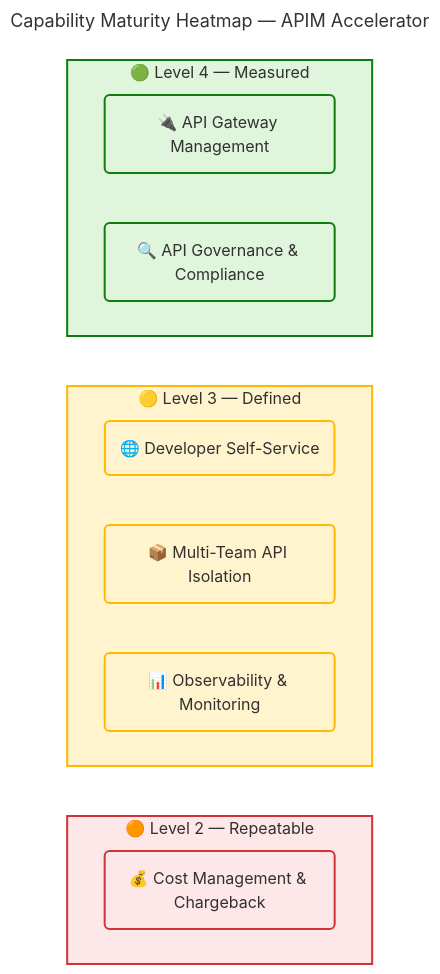
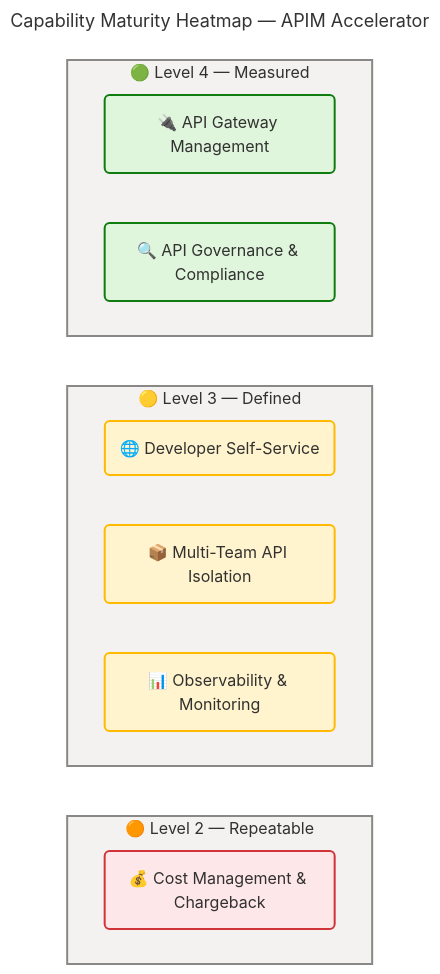
One commit to Evilazaro/APIM-Accelerator changed the third of 9 diagrams in docs/architecture/business-architecture.md. Above: the diagram before and after it, drawn with Mermaid. The commit also changed other lines of this file and 2 other files, not shown here.

````diff
--- a/docs/architecture/business-architecture.md
+++ b/docs/architecture/business-architecture.md
@@ -343,62 +343,62 @@
 ```mermaid
 ---
 title: "Capability Maturity Heatmap — APIM Accelerator"
 config:
   theme: base
   look: classic
   layout: dagre
   themeVariables:
     fontSize: '16px'
   flowchart:
     htmlLabels: true
 ---
 flowchart TB
     accTitle: Capability Maturity Heatmap
     accDescr: Shows the maturity level of each business capability using color-coded indicators from Level 2 Repeatable to Level 4 Measured
 
     %% ═══════════════════════════════════════════════════════════════════════════
     %% AZURE / FLUENT ARCHITECTURE PATTERN v1.1
     %% (Semantic + Structural + Font + Accessibility Governance)
     %% ═══════════════════════════════════════════════════════════════════════════
     %% PHASE 1 - FLUENT UI: All styling uses approved Fluent UI palette only
     %% PHASE 2 - GROUPS: Every subgraph has semantic color via style directive
     %% PHASE 3 - COMPONENTS: Every node has semantic classDef + icon prefix
     %% PHASE 4 - ACCESSIBILITY: accTitle/accDescr present, WCAG AA contrast
     %% PHASE 5 - STANDARD: Governance block present, classDefs centralized
     %% ═══════════════════════════════════════════════════════════════════════════
 
     subgraph level4["🟢 Level 4 — Measured"]
         direction LR
         m4a("🔌 API Gateway Management"):::success
         m4b("🔍 API Governance & Compliance"):::success
     end
 
     subgraph level3["🟡 Level 3 — Defined"]
         direction LR
         m3a("🌐 Developer Self-Service"):::warning
         m3b("📦 Multi-Team API Isolation"):::warning
         m3c("📊 Observability & Monitoring"):::warning
     end
 
     subgraph level2["🟠 Level 2 — Repeatable"]
         direction LR
         m2a("💰 Cost Management & Chargeback"):::danger
     end
 
     level4 ~~~ level3
     level3 ~~~ level2
 
     %% Centralized classDefs (approved AZURE/FLUENT v1.1 palette)
     classDef neutral fill:#FAFAFA,stroke:#8A8886,stroke-width:2px,color:#323130
     classDef core fill:#EFF6FC,stroke:#0078D4,stroke-width:2px,color:#323130
     classDef success fill:#DFF6DD,stroke:#107C10,stroke-width:2px,color:#323130
     classDef warning fill:#FFF4CE,stroke:#FFB900,stroke-width:2px,color:#323130
     classDef danger fill:#FDE7E9,stroke:#D13438,stroke-width:2px,color:#323130
     classDef data fill:#F0E6FA,stroke:#8764B8,stroke-width:2px,color:#323130
     classDef external fill:#E0F7F7,stroke:#038387,stroke-width:2px,color:#323130
 
     %% Subgraph styling (style directives, not class)
-    style level4 fill:#DFF6DD,stroke:#107C10,stroke-width:2px,color:#323130
-    style level3 fill:#FFF4CE,stroke:#FFB900,stroke-width:2px,color:#323130
-    style level2 fill:#FDE7E9,stroke:#D13438,stroke-width:2px,color:#323130
+    style level4 fill:#F3F2F1,stroke:#8A8886,stroke-width:2px,color:#323130
+    style level3 fill:#F3F2F1,stroke:#8A8886,stroke-width:2px,color:#323130
+    style level2 fill:#F3F2F1,stroke:#8A8886,stroke-width:2px,color:#323130
 ```
````
